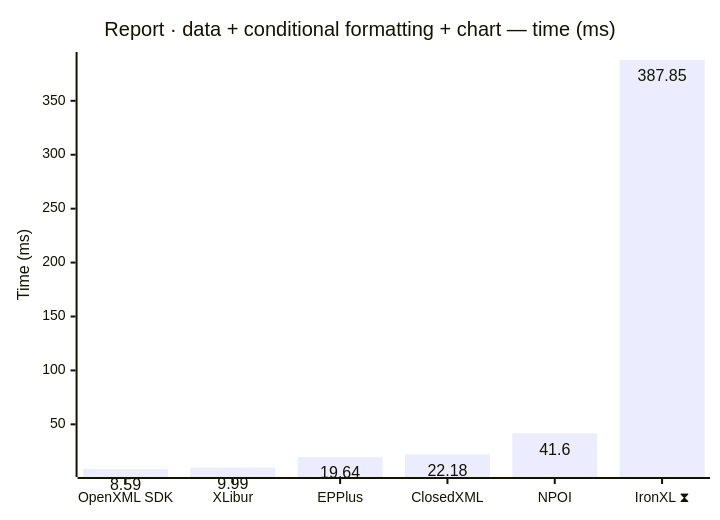
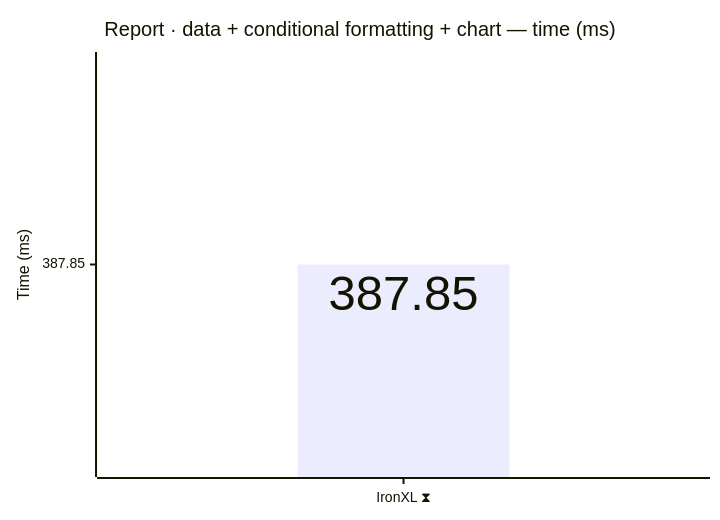
The seventh of 12 diagrams in docs/results.md (jafin/XLBench), drawn with Mermaid before and after one commit. The commit also changed other lines of this file and 2 other files, not shown here.

First line of the commit message:
chore(deps): bump XLibur to 0.310.1-beta.5 and republish

````diff
--- a/docs/results.md
+++ b/docs/results.md
@@ -117,12 +117,12 @@
 ```mermaid
 ---
 config:
   xyChart:
     showDataLabel: true
 ---
 xychart-beta
     title "Report · data + conditional formatting + chart — time (ms)"
-    x-axis ["OpenXML SDK", "XLibur", "EPPlus", "ClosedXML", "NPOI", "IronXL ⧗"]
+    x-axis ["IronXL ⧗"]
     y-axis "Time (ms)"
-    bar [8.59, 9.99, 19.64, 22.18, 41.6, 387.85]
+    bar [387.85]
 ```
````
